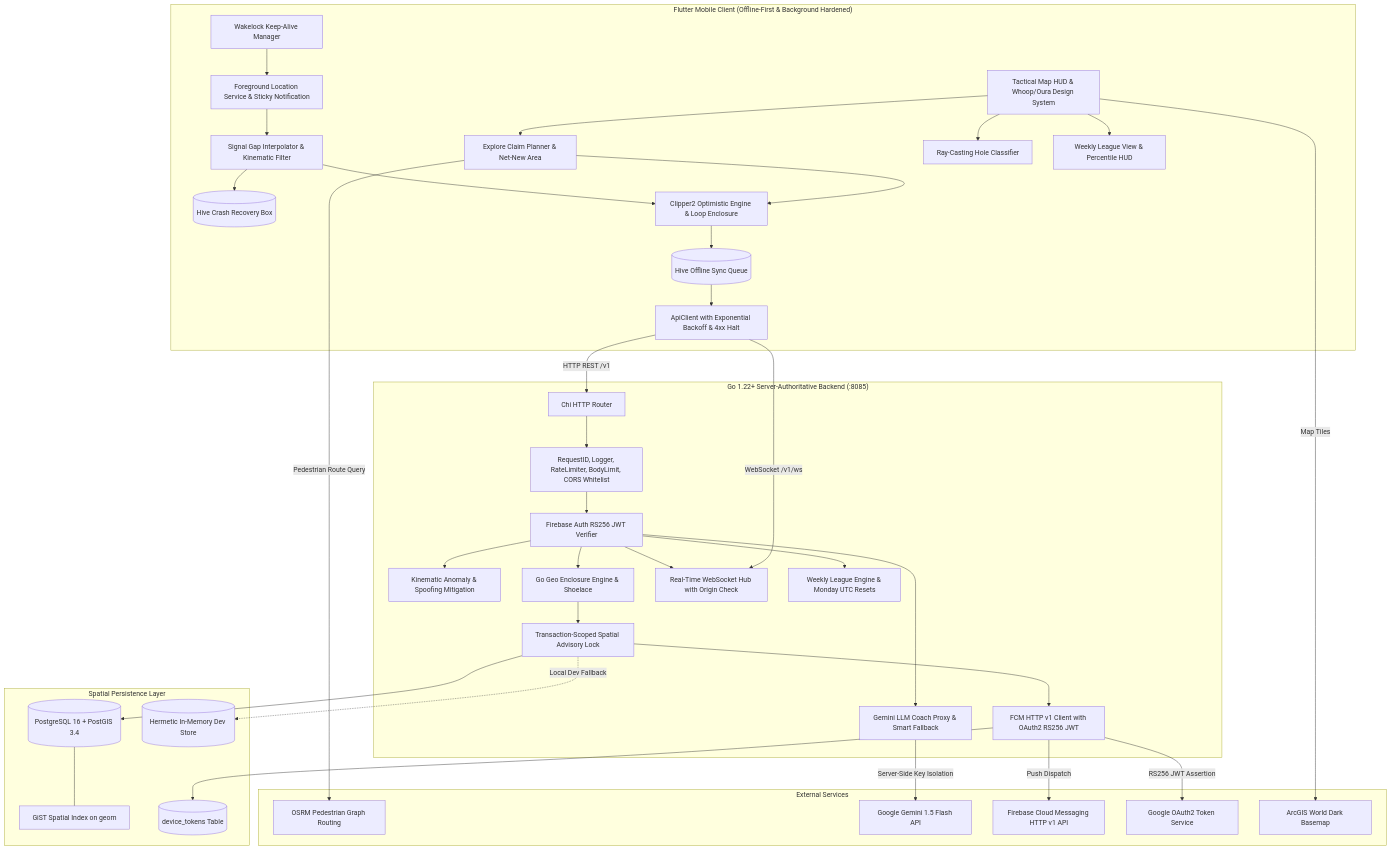
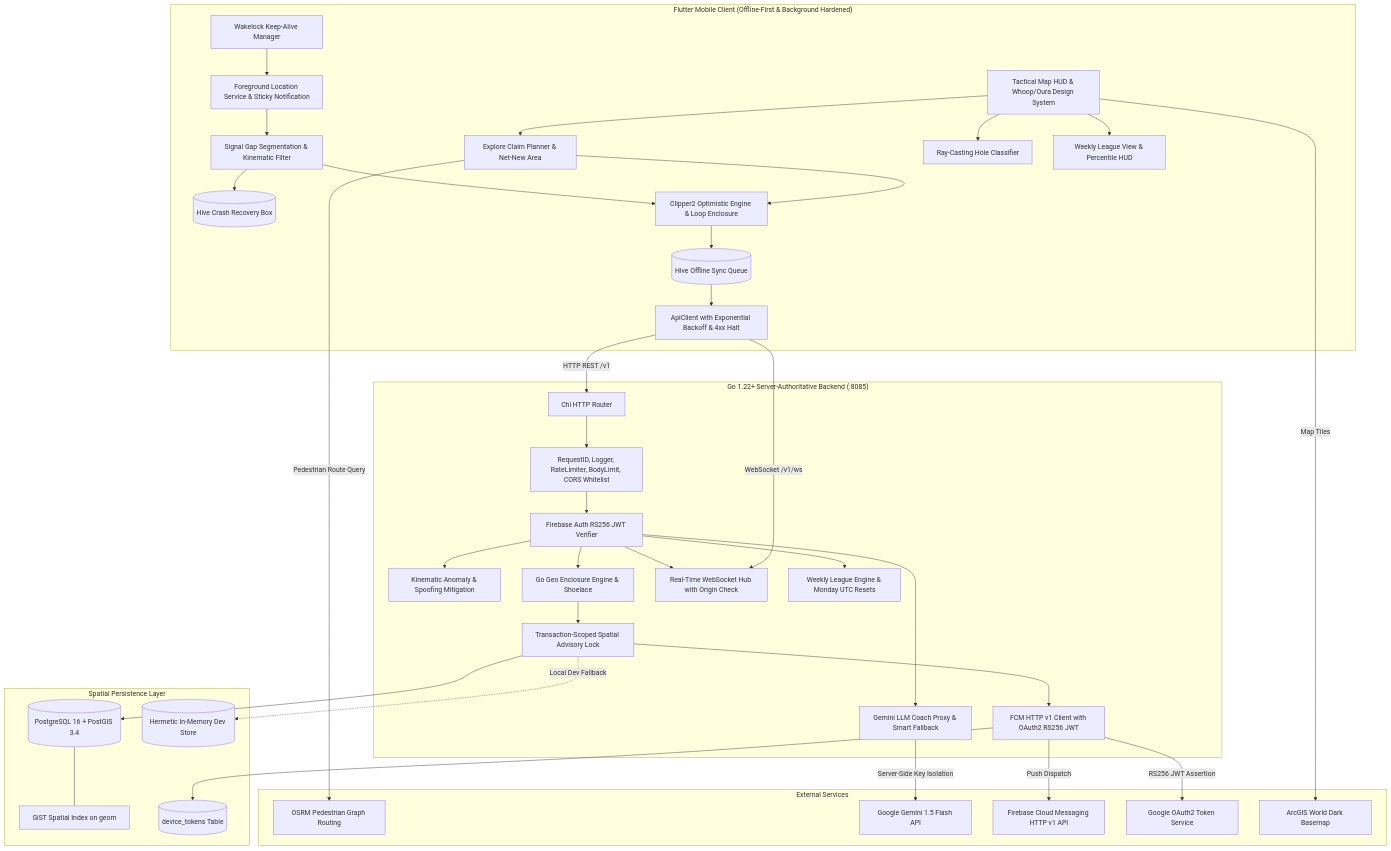
One commit to Ayush-00-hui/Territory-Runner-Game changed the first of 3 diagrams in README.md. Above: the diagram before and after it, drawn with Mermaid. The commit also changed other lines of this file and 23 other files, not shown here.

Commit message:
feat(mechanics): enforce activity thresholds, zero-interpolation gap segmentation, and lazy decay

````diff
--- a/README.md
+++ b/README.md
@@ -128,78 +128,78 @@
 ```mermaid
 graph TD
     subgraph Client ["Flutter Mobile Client (Offline-First & Background Hardened)"]
         UI[Tactical Map HUD & Whoop/Oura Design System]
         ForegroundService[Foreground Location Service & Sticky Notification]
         WakeLockMgr[Wakelock Keep-Alive Manager]
         CrashBox[(Hive Crash Recovery Box)]
-        SignalFilter[Signal Gap Interpolator & Kinematic Filter]
+        SignalFilter[Signal Gap Segmentation & Kinematic Filter]
         ClaimPlanner[Explore Claim Planner & Net-New Area]
         LocalEngine[Clipper2 Optimistic Engine & Loop Enclosure]
         HiveQueue[(Hive Offline Sync Queue)]
         ApiClient[ApiClient with Exponential Backoff & 4xx Halt]
         HoleClassifier[Ray-Casting Hole Classifier]
         LeagueView[Weekly League View & Percentile HUD]
         
         ForegroundService --> SignalFilter
         WakeLockMgr --> ForegroundService
         SignalFilter --> CrashBox
         SignalFilter --> LocalEngine
         UI --> ClaimPlanner
         ClaimPlanner --> LocalEngine
         LocalEngine --> HiveQueue
         HiveQueue --> ApiClient
         UI --> HoleClassifier
         UI --> LeagueView
     end
 
     subgraph Backend ["Go 1.22+ Server-Authoritative Backend (:8085)"]
         ChiRouter[Chi HTTP Router]
         MiddlewareStack[RequestID, Logger, RateLimiter, BodyLimit, CORS Whitelist]
         AuthVerifier[Firebase Auth RS256 JWT Verifier]
         AntiCheat[Kinematic Anomaly & Spoofing Mitigation]
         GoGeoEngine[Go Geo Enclosure Engine & Shoelace]
         AdvisoryLock[Transaction-Scoped Spatial Advisory Lock]
         WSHub[Real-Time WebSocket Hub with Origin Check]
         CoachProxy[Gemini LLM Coach Proxy & Smart Fallback]
         LeagueEngine[Weekly League Engine & Monday UTC Resets]
         FCMSender[FCM HTTP v1 Client with OAuth2 RS256 JWT]
 
         ChiRouter --> MiddlewareStack
         MiddlewareStack --> AuthVerifier
         AuthVerifier --> AntiCheat
         AuthVerifier --> GoGeoEngine
         AuthVerifier --> WSHub
         AuthVerifier --> CoachProxy
         AuthVerifier --> LeagueEngine
         GoGeoEngine --> AdvisoryLock
         AdvisoryLock --> FCMSender
     end
 
     subgraph Persistence ["Spatial Persistence Layer"]
         PostGIS[(PostgreSQL 16 + PostGIS 3.4)]
         GiSTIndex[GiST Spatial Index on geom]
         DeviceTokens[(device_tokens Table)]
         MemStore[(Hermetic In-Memory Dev Store)]
         
         AdvisoryLock --> PostGIS
         PostGIS --- GiSTIndex
         FCMSender --> DeviceTokens
         AdvisoryLock -.->|Local Dev Fallback| MemStore
     end
 
     subgraph External ["External Services"]
         OSRM[OSRM Pedestrian Graph Routing]
         Gemini[Google Gemini 1.5 Flash API]
         FCMService[Firebase Cloud Messaging HTTP v1 API]
         GoogleOAuth[Google OAuth2 Token Service]
         TileServer[ArcGIS World Dark Basemap]
     end
 
     ApiClient -->|HTTP REST /v1| ChiRouter
     ApiClient -->|WebSocket /v1/ws| WSHub
     FCMSender -->|RS256 JWT Assertion| GoogleOAuth
     FCMSender -->|Push Dispatch| FCMService
     ClaimPlanner -->|Pedestrian Route Query| OSRM
     CoachProxy -->|Server-Side Key Isolation| Gemini
     UI -->|Map Tiles| TileServer
 ```
````
